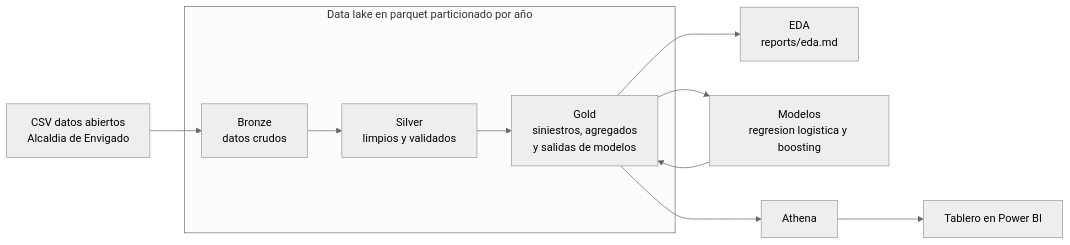
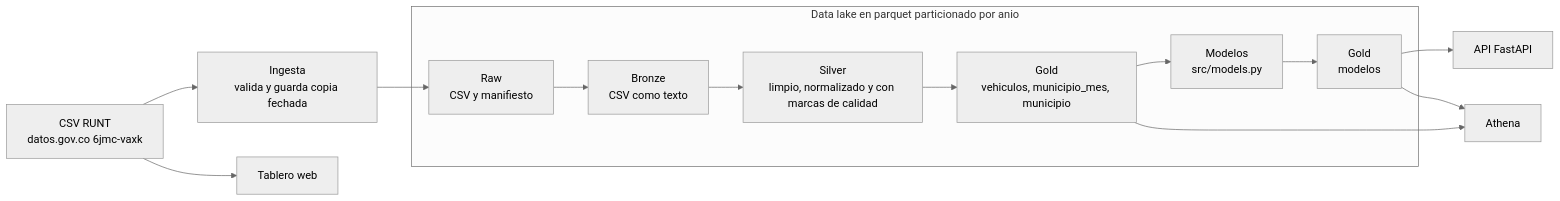
The first of 2 diagrams in README.md (stufonn-cell/accidentes_project_for_data_science), drawn with Mermaid (neutral theme) before and after one commit. The commit also changed other lines of this file and 177 other files, not shown here.

````diff
--- a/README.md
+++ b/README.md
@@ -21,12 +85,15 @@
 ```mermaid
 flowchart LR
-    fuente[CSV datos abiertos<br>Alcaldia de Envigado] --> bronze
-    subgraph lago[Data lake en parquet particionado por año]
-        bronze[Bronze<br>datos crudos] --> silver[Silver<br>limpios y validados]
-        silver --> gold[Gold<br>siniestros, agregados<br>y salidas de modelos]
+    fuente[CSV RUNT<br>datos.gov.co 6jmc-vaxk] --> ingesta[Ingesta<br>valida y guarda copia fechada]
+    ingesta --> raw
+    subgraph lago[Data lake en parquet particionado por anio]
+        raw[Raw<br>CSV y manifiesto] --> bronze[Bronze<br>CSV como texto]
+        bronze --> silver[Silver<br>limpio, normalizado y con marcas de calidad]
+        silver --> gold[Gold<br>vehiculos, municipio_mes, municipio]
+        gold --> modelos[Modelos<br>src/models.py] --> gm[Gold<br>modelos]
     end
-    gold --> eda[EDA<br>reports/eda.md]
-    gold --> modelos[Modelos<br>regresion logistica y boosting]
-    modelos --> gold
-    gold --> athena[Athena] --> tablero[Tablero en Power BI]
+    gm --> api[API FastAPI]
+    gold --> athena[Athena]
+    gm --> athena
+    fuente --> tablero[Tablero web]
 ```
````
